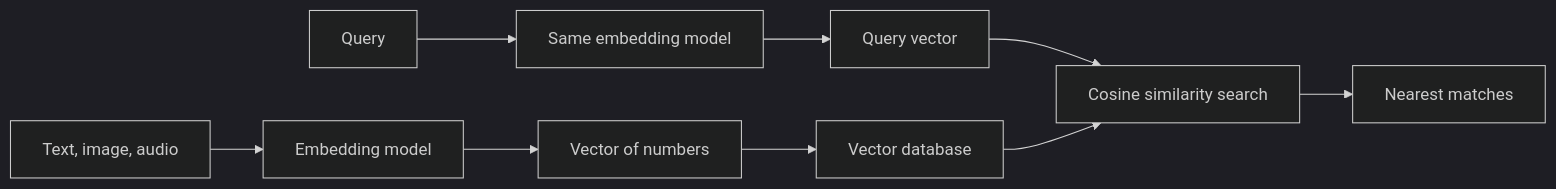
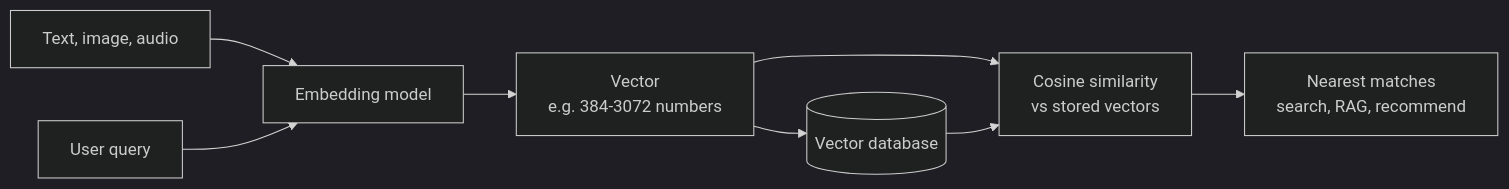
One commit to kaisarnajar/outcome-school-blogs changed the first of 2 diagrams in notes/step-03-generative-ai-and-the-transformer-architecture/050-what-are-embeddings.md. Above: the diagram before and after it, drawn with Mermaid (dark theme). The commit also changed other lines of this file and 233 other files, not shown here.

````diff
--- a/notes/step-03-generative-ai-and-the-transformer-architecture/050-what-are-embeddings.md
+++ b/notes/step-03-generative-ai-and-the-transformer-architecture/050-what-are-embeddings.md
@@ -38,11 +66,10 @@
 ```mermaid
 flowchart LR
-    A["Text, image, audio"] --> B["Embedding model"]
-    B --> C["Vector of numbers"]
-    C --> D["Vector database"]
-    Q["Query"] --> B2["Same embedding model"]
-    B2 --> E["Query vector"]
-    E --> F["Cosine similarity search"]
-    D --> F
-    F --> G["Nearest matches"]
+    A1["Text, image, audio"] --> A2["Embedding model"]
+    A2 --> A3["Vector<br/>e.g. 384-3072 numbers"]
+    A3 --> A4[("Vector database")]
+    Q1["User query"] --> A2
+    A3 --> A5["Cosine similarity<br/>vs stored vectors"]
+    A4 --> A5
+    A5 --> A6["Nearest matches<br/>search, RAG, recommend"]
 ```
````
